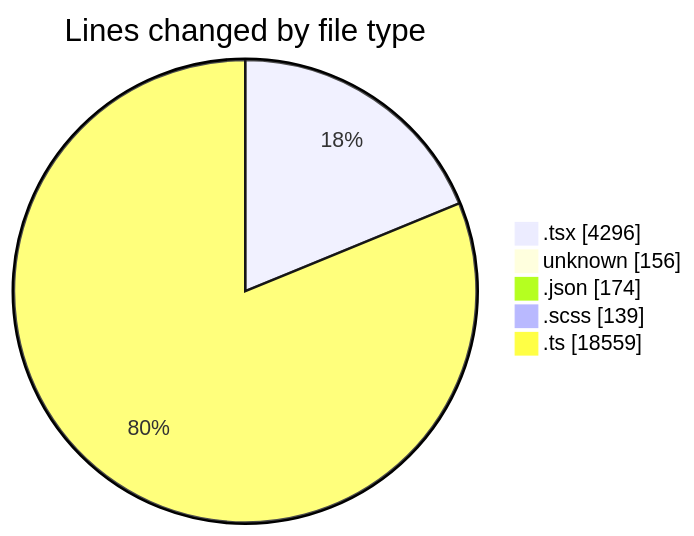
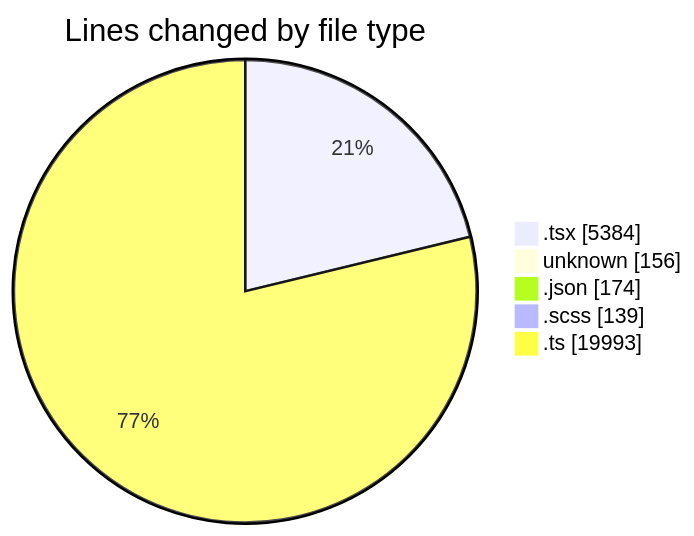
One commit to momahboobian/code-tracking changed the first of 2 diagrams in 2026-09-28/cda/README.md. Above: the diagram before and after it, drawn with Mermaid. The commit also changed other lines of this file and 1 other file, not shown here.

````diff
--- a/2026-09-28/cda/README.md
+++ b/2026-09-28/cda/README.md
@@ -43,9 +45,9 @@
 ```mermaid
 pie showData
 title Lines changed by file type
-".tsx" : 4296
+".tsx" : 5384
 "unknown" : 156
 ".json" : 174
 ".scss" : 139
-".ts" : 18559
+".ts" : 19993
 ```
````
